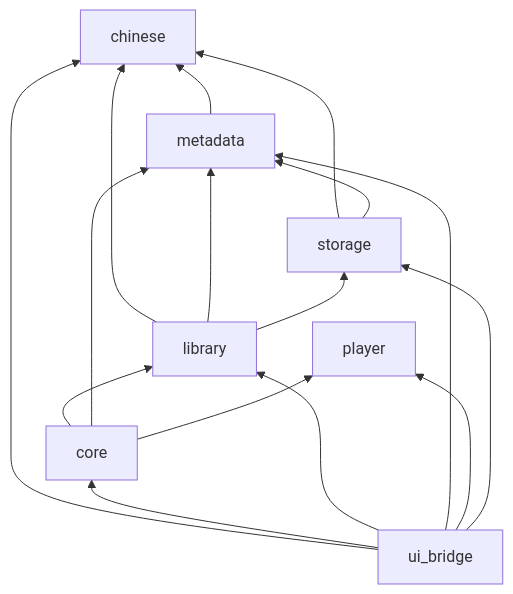
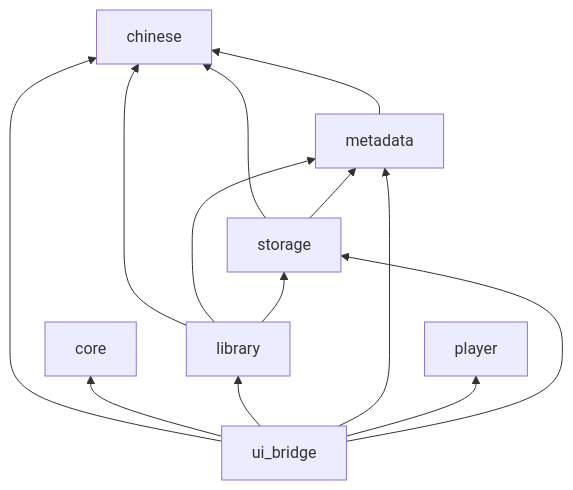
Before and after one commit to Nook001/QingyinPlayer: the diagram in README.md, drawn with Mermaid. The commit also changed other lines of this file and 10 other files, not shown here.

````diff
--- a/README.md
+++ b/README.md
@@ -95,26 +95,23 @@
 ```mermaid
 flowchart BT
   chinese[chinese]
   metadata[metadata]
   storage[storage]
   library[library]
   player[player]
   core[core]
   ui_bridge[ui_bridge]
 
   metadata --> chinese
   storage --> chinese
   storage --> metadata
   library --> chinese
   library --> metadata
   library --> storage
-  core --> library
-  core --> metadata
-  core --> player
   ui_bridge --> chinese
   ui_bridge --> core
   ui_bridge --> library
   ui_bridge --> metadata
   ui_bridge --> player
   ui_bridge --> storage
 ```
````
